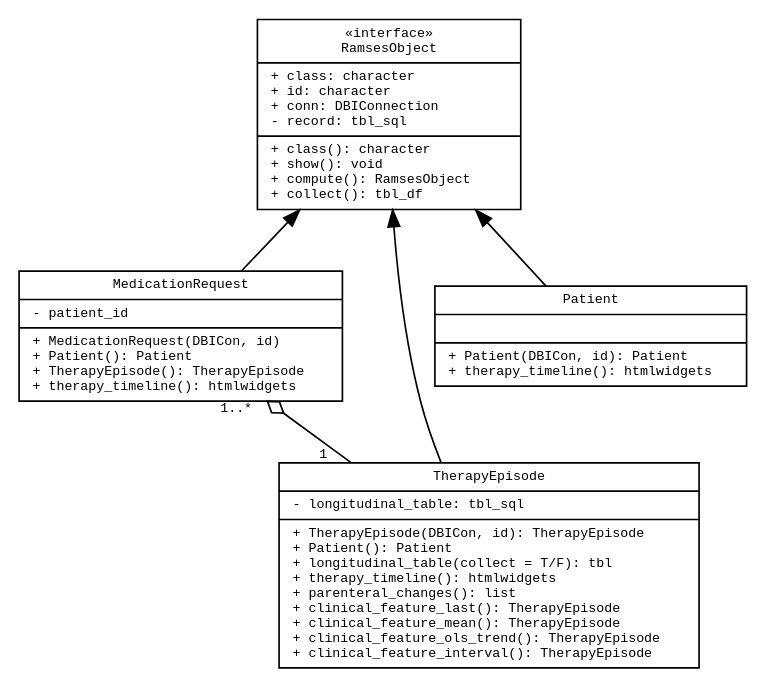
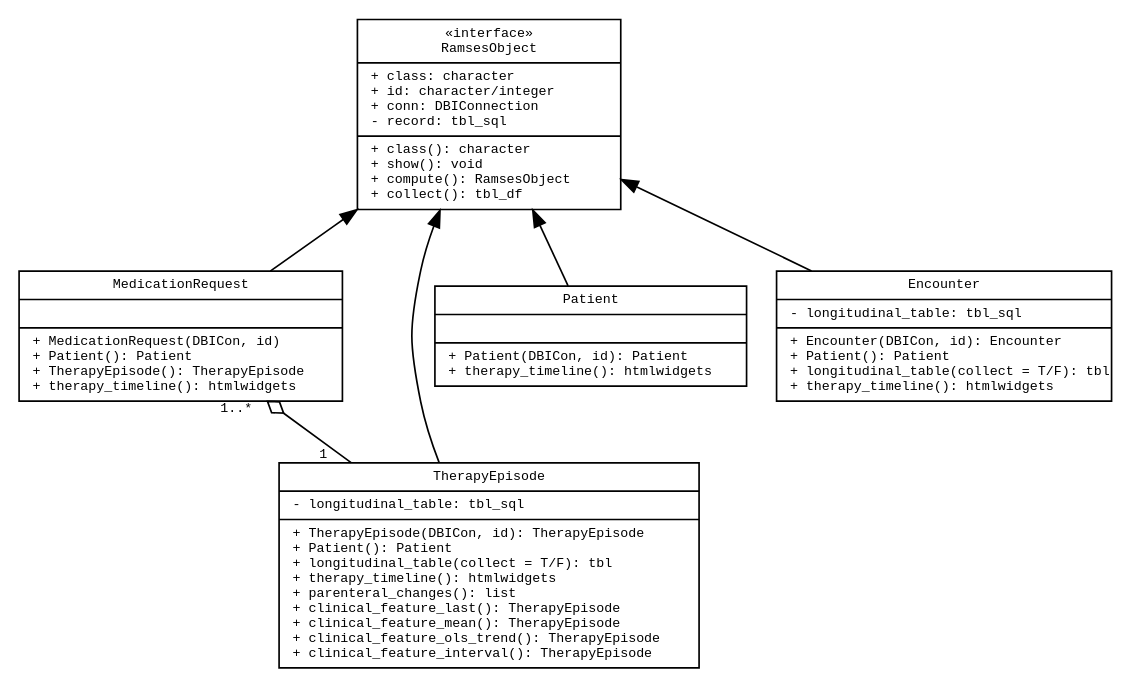
One commit to ramses-antibiotics/ramses-package changed the diagram in vignettes/ramses-objects/ramses-med-class-diagram.gv. Above: the diagram before and after it, drawn with Graphviz. The commit also changed 4 other files, not shown here.

Commit message:
add S4 class Encounter #92 and test constuctor, class, show, compute and collect methods

```diff
--- a/vignettes/ramses-objects/ramses-med-class-diagram.gv
+++ b/vignettes/ramses-objects/ramses-med-class-diagram.gv
@@ -1,154 +1,165 @@
 digraph G {
   
 
   node [
           fontname = "monospace"
           shape = "record"
           width = 1.5
           fontsize = 8
   ]
 
   edge [
           fontname = "monospace"
           fontsize = 8
   ]
 
 # arrowheads
 # Association open
 # Inheritance empty
 # Realisation/implementation empty + style=dashed
 # Dependency open + style=dashed
 # Aggregation odiamond
 # Composition diamond
 
 
 # Interface
 RamsesObject [
   width = 2.2
   label = "{«interface»\n
   RamsesObject|
   + class: character\l
-  + id: character\l
+  + id: character/integer\l
   + conn: DBIConnection\l
   - record: tbl_sql\l|
   
   + class(): character\l
   + show(): void\l
   + compute(): RamsesObject\l
   + collect(): tbl_df\l}"
 ]
 
 /*
 Prescription [
   width = 3
   label = "{Prescription|
   - prescription_type: \{\"mono\", \"combo\"\}\l
   - medication_requests\l
   + therapy_id: character\l|
   
   + Prescription(DBICon., id): Prescription\l
   + Patient(): Patient\l
   + TherapyEpisode(): TherapyEpisode\l
   + prescription_type(): \{\"mono\", \"combo\"\}\l
   + medication_requests(): list\l
   + therapy_timeline(): htmlwidgets\l}"
 ]
 
 Prescription_Mono [
   label = "{Prescription_Mono|
   - type: \"mono\"\l
   }"
 ]
 
 Prescription_Combo [
   label = "{Prescription_Combo|
   - type: \"combo\"\l
   }"
 ]
 */
 
 MedicationRequest [
   width = 2.7
   label = "{MedicationRequest|
-  - patient_id\l|
+  \l|
   
   + MedicationRequest(DBICon, id)\l
   + Patient(): Patient\l
   + TherapyEpisode(): TherapyEpisode\l
   + therapy_timeline(): htmlwidgets\l}"
   
   # + Clinician(): Clinician\l
   #  + Prescription(): Prescription\l
 ]
 
 TherapyEpisode [
   width = 3.5
   label = "{TherapyEpisode|
   - longitudinal_table: tbl_sql\l|
   
   + TherapyEpisode(DBICon, id): TherapyEpisode\l
   + Patient(): Patient\l
   + longitudinal_table(collect = T/F): tbl\l
   + therapy_timeline(): htmlwidgets\l
   + parenteral_changes(): list\l
   + clinical_feature_last(): TherapyEpisode\l
   + clinical_feature_mean(): TherapyEpisode\l
   + clinical_feature_ols_trend(): TherapyEpisode\l
   + clinical_feature_interval(): TherapyEpisode\l}"
 #  + medication_request(): list\l}"
 ]
 
 Patient [
   width = 2.6
   label = "{Patient|
   \l|
   + Patient(DBICon, id): Patient\l
   + therapy_timeline(): htmlwidgets\l}"
 ]
 
+Encounter [
+  width = 2.6
+  label = "{Encounter|
+  - longitudinal_table: tbl_sql\l|
+
+  + Encounter(DBICon, id): Encounter\l
+  + Patient(): Patient\l
+  + longitudinal_table(collect = T/F): tbl\l
+  + therapy_timeline(): htmlwidgets\l}"
+]
+
 /*
 Clinician [
   width = 2.5
   label = "{Clinician|
   \l|
   + Clinician(DBICon, id): Clinician\l
   + get_specialty(): character\l
   + get_lead_clinician: Clinician\l}"
 ]*/
 
 
 /*RamsesObject -> Prescription [dir=back]
 Prescription -> Prescription_Mono [dir=back]
 Prescription -> Prescription_Combo [dir=back]*/
 RamsesObject -> MedicationRequest [dir=back]
 
 RamsesObject -> Patient [dir=back]
-/*RamsesObject -> Clinician [dir=back]*/
+RamsesObject -> Encounter [dir=back]
 RamsesObject -> TherapyEpisode [dir=back]
 
 TherapyEpisode -> MedicationRequest [ constraint=false
   arrowhead=odiamond
   headlabel = "1..*  "
   taillabel = "1   "]
 /*Prescription_Mono -> MedicationRequest [ constraint=false
   arrowhead=odiamond
   headlabel = "1..*       "
   taillabel = "1"]
 Prescription_Combo -> MedicationRequest [
   arrowhead=odiamond
   headlabel = "2..*    "
   taillabel = "1"]*/
 
 
 /*Patient -> Clinician [ style = invis ]; 
 TherapyEpisode -> Clinician  [ style = invis ]; */
 Patient -> TherapyEpisode  [ style = invis ]; 
 
 
 /*
 TherapyEpisode -> TherapyList [constraint=false
   arrowtail=odiamond
   headlabel = "2..*  "
   taillabel = "0..*  "]
 */  
 }
```
